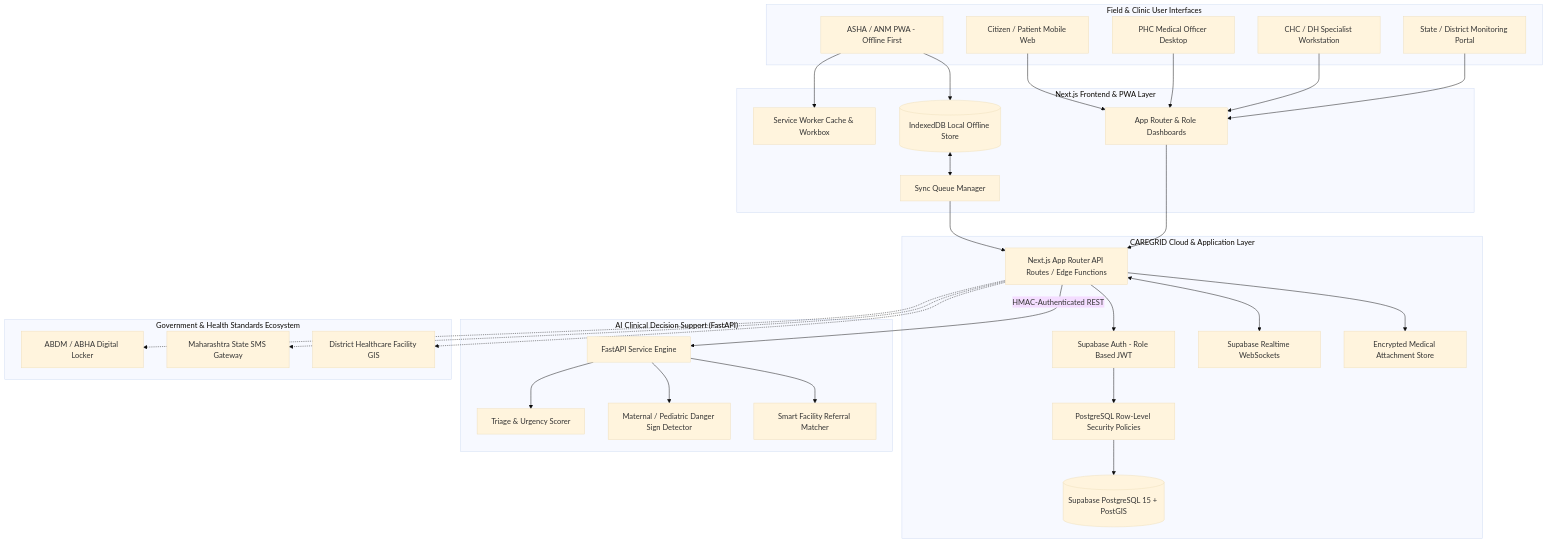
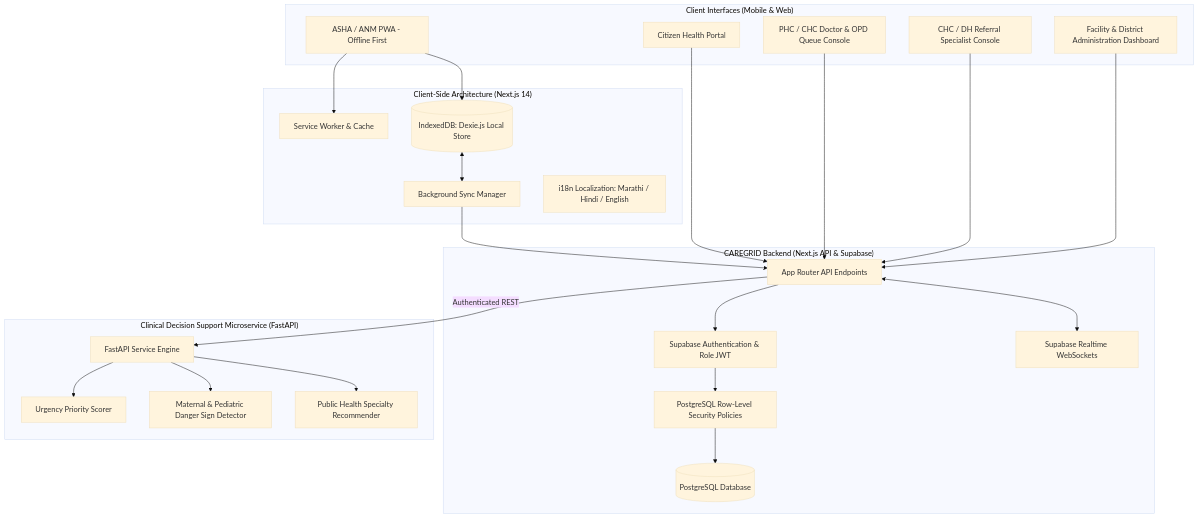
The diagram in docs/ARCHITECTURE.md (Ayushbagga/CAREGRID), drawn with Mermaid (base theme) before and after one commit. The commit also changed other lines of this file and 10 other files, not shown here.

Commit message:
docs: revise architecture and roadmap to strictly prioritize SIH26133 11 core MVP deliverables

````diff
--- a/docs/ARCHITECTURE.md
+++ b/docs/ARCHITECTURE.md
@@ -21,65 +24,51 @@
 ```mermaid
 flowchart TB
-    subgraph Edge_Devices["Field & Clinic User Interfaces"]
-        CP[Citizen / Patient Mobile Web]
-        AW[ASHA / ANM PWA - Offline First]
-        MO[PHC Medical Officer Desktop]
-        DS[CHC / DH Specialist Workstation]
-        ADM[State / District Monitoring Portal]
+    subgraph Client_Applications["Client Interfaces (Mobile & Web)"]
+        ASHA[ASHA / ANM PWA - Offline First]
+        CITIZEN[Citizen Health Portal]
+        DOCTOR[PHC / CHC Doctor & OPD Queue Console]
+        SPECIALIST[CHC / DH Referral Specialist Console]
+        ADMIN[Facility & District Administration Dashboard]
     end
 
-    subgraph Client_Platform["Next.js Frontend & PWA Layer"]
-        SW[Service Worker Cache & Workbox]
-        IDB[(IndexedDB Local Offline Store)]
-        SYNC[Sync Queue Manager]
-        UI[App Router & Role Dashboards]
+    subgraph Client_PWA_Layer["Client-Side Architecture (Next.js 14)"]
+        SW[Service Worker & Cache]
+        IDB[(IndexedDB: Dexie.js Local Store)]
+        SYNC_MGR[Background Sync Manager]
+        I18N[i18n Localization: Marathi / Hindi / English]
     end
 
-    subgraph Cloud_Backend["CAREGRID Cloud & Application Layer"]
-        API[Next.js App Router API Routes / Edge Functions]
-        AUTH[Supabase Auth - Role Based JWT]
+    subgraph Application_Backend["CAREGRID Backend (Next.js API & Supabase)"]
+        API[App Router API Endpoints]
+        AUTH[Supabase Authentication & Role JWT]
         RLS[PostgreSQL Row-Level Security Policies]
-        DB[(Supabase PostgreSQL 15 + PostGIS)]
+        DB[(PostgreSQL Database)]
         REALTIME[Supabase Realtime WebSockets]
-        STORAGE[Encrypted Medical Attachment Store]
     end
 
-    subgraph AI_Microservice["AI Clinical Decision Support (FastAPI)"]
+    subgraph AI_Triage_Service["Clinical Decision Support Microservice (FastAPI)"]
         FASTAPI[FastAPI Service Engine]
-        TRIAGE[Triage & Urgency Scorer]
-        RED_FLAGS[Maternal / Pediatric Danger Sign Detector]
-        MATCHER[Smart Facility Referral Matcher]
+        PRIORITY[Urgency Priority Scorer]
+        RED_FLAGS[Maternal & Pediatric Danger Sign Detector]
+        SPECIALTY_REC[Public Health Specialty Recommender]
     end
 
-    subgraph External_Integrations["Government & Health Standards Ecosystem"]
-        ABDM[ABDM / ABHA Digital Locker]
-        SMS[Maharashtra State SMS Gateway]
-        MAPS[District Healthcare Facility GIS]
-    end
+    %% Client Interactions
+    ASHA --> SW
+    ASHA --> IDB
+    IDB <--> SYNC_MGR
+    SYNC_MGR --> API
+    CITIZEN & DOCTOR & SPECIALIST & ADMIN --> API
 
-    %% Client Connections
-    AW --> SW
-    AW --> IDB
-    IDB <--> SYNC
-    SYNC --> API
-    CP & MO & DS & ADM --> UI
-    UI --> API
-
-    %% Cloud Interactions
+    %% Backend Interactions
     API --> AUTH
     AUTH --> RLS
     RLS --> DB
     API <--> REALTIME
-    API --> STORAGE
 
     %% AI Microservice Handshake
-    API -->|HMAC-Authenticated REST| FASTAPI
-    FASTAPI --> TRIAGE
+    API -->|Authenticated REST| FASTAPI
+    FASTAPI --> PRIORITY
     FASTAPI --> RED_FLAGS
-    FASTAPI --> MATCHER
-
-    %% External
-    API -.-> ABDM
-    API -.-> SMS
-    API -.-> MAPS
+    FASTAPI --> SPECIALTY_REC
 ```
````
